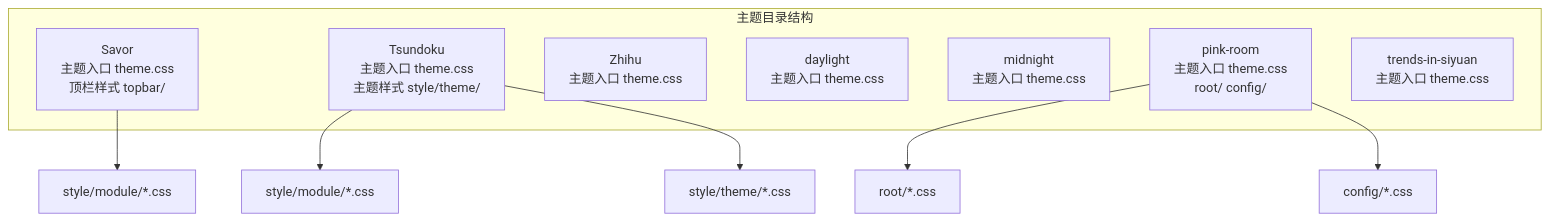
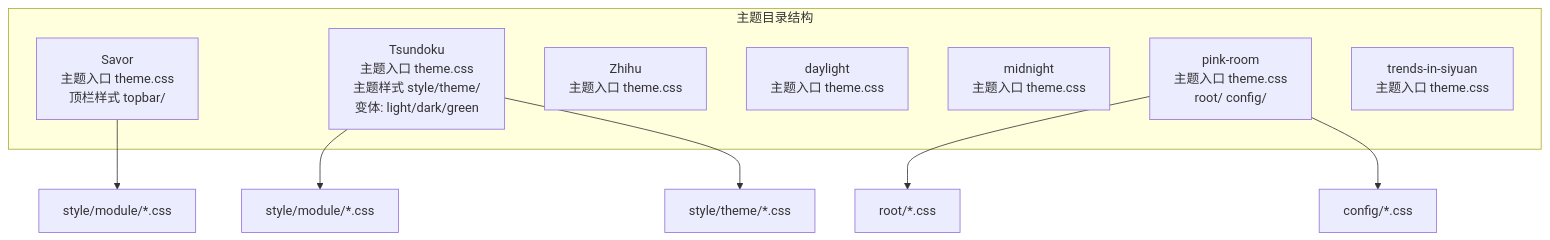
One commit to terwer/siyuan-plugin-blog changed the first of 6 diagrams in .qoder/repowiki/zh/content/核心功能/主题系统/预设主题介绍.md. Above: the diagram before and after it, drawn with Mermaid. The commit also changed other lines of this file and 31 other files, not shown here.

````diff
--- a/.qoder/repowiki/zh/content/核心功能/主题系统/预设主题介绍.md
+++ b/.qoder/repowiki/zh/content/核心功能/主题系统/预设主题介绍.md
@@ -46,17 +55,17 @@
 ```mermaid
 graph TB
 subgraph "主题目录结构"
 A["Savor<br/>主题入口 theme.css<br/>顶栏样式 topbar/"]
-B["Tsundoku<br/>主题入口 theme.css<br/>主题样式 style/theme/"]
+B["Tsundoku<br/>主题入口 theme.css<br/>主题样式 style/theme/<br/>变体: light/dark/green"]
 C["Zhihu<br/>主题入口 theme.css"]
 D["daylight<br/>主题入口 theme.css"]
 E["midnight<br/>主题入口 theme.css"]
 F["pink-room<br/>主题入口 theme.css<br/>root/ config/"]
 G["trends-in-siyuan<br/>主题入口 theme.css"]
 end
 A --> A1["style/module/*.css"]
 B --> B1["style/module/*.css"]
 B --> B2["style/theme/*.css"]
 F --> F1["root/*.css"]
 F --> F2["config/*.css"]
 ```
````
